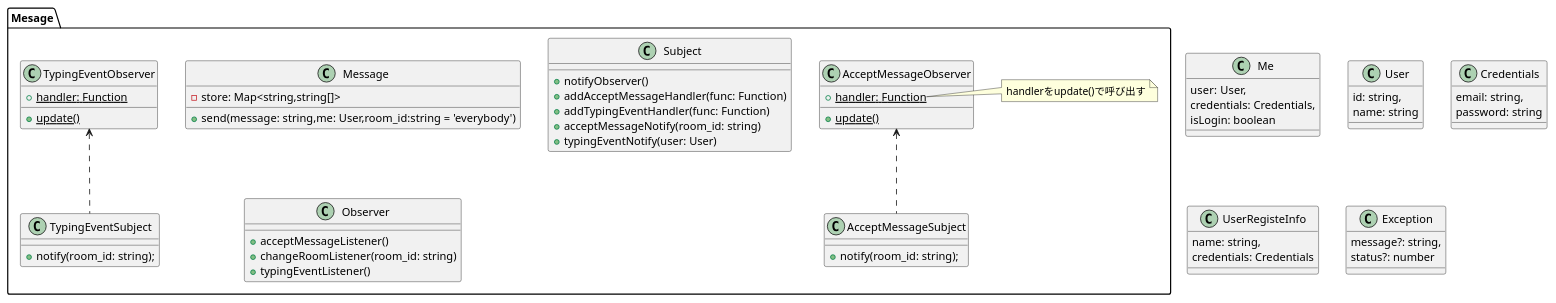
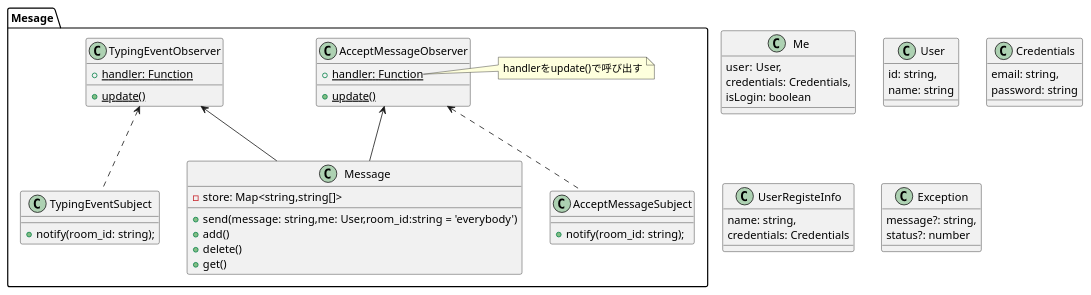
Before and after one commit to TOnodera/chatterman: the diagram in documents/plantUML/クラス図/クラス図-フロント-.wsd, drawn with PlantUML. The commit also changed 8 other files, not shown here.

```diff
--- a/documents/plantUML/クラス図/クラス図-フロント-.wsd
+++ b/documents/plantUML/クラス図/クラス図-フロント-.wsd
@@ -1,83 +1,74 @@
 @startuml
 
 package Mesage{
 
     class Message{
         -store: Map<string,string[]>
         +send(message: string,me: User,room_id:string = 'everybody')
-    }
-
-    class Subject{
-        +notifyObserver()
-        +addAcceptMessageHandler(func: Function)
-        +addTypingEventHandler(func: Function)
-        +acceptMessageNotify(room_id: string)
-        +typingEventNotify(user: User)
-    }
-
-    class Observer{
-        +acceptMessageListener()
-        +changeRoomListener(room_id: string)
-        +typingEventListener()
+        +add()
+        +delete()
+        +get()
     }
 
     class AcceptMessageSubject{
         +notify(room_id: string);
     }
 
     class AcceptMessageObserver{
         +{static} handler: Function
         +{static} update()
     }
     note right of AcceptMessageObserver::handler
     handlerをupdate()で呼び出す
     end note
 
     class TypingEventSubject{
         +notify(room_id: string);
     }
 
     class TypingEventObserver{
         +{static} handler: Function
         +{static} update()
     }
     note right of AcceptMessageObserver::handler
     handlerをupdate()で呼び出す
     end note
 
     AcceptMessageObserver <.. AcceptMessageSubject
     TypingEventObserver <.. TypingEventSubject
+    TypingEventObserver <-- Message
+    AcceptMessageObserver <-- Message
 
 }
 
 
 
 class Me{
     user: User,
     credentials: Credentials,
     isLogin: boolean
 }
 
 class User{
     id: string,
     name: string
 }
 
 class Credentials{
     email: string,
     password: string
 }
 
 class UserRegisteInfo {
     name: string,
     credentials: Credentials
 }
 
 class Exception{
     message?: string,
     status?: number
 }
 
 
 
 @enduml
```
